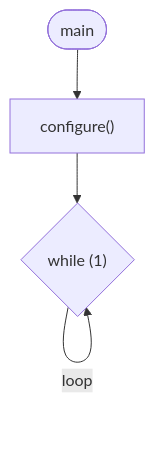
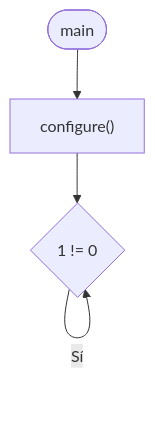
The first of 2 diagrams in README.md (remgo696/PIC18F47Q10-FadingLED), drawn with Mermaid before and after one commit. The commit also changed other lines of this file, not shown here.

````diff
--- a/README.md
+++ b/README.md
@@ -300,6 +284,6 @@
 ```mermaid
 flowchart TD
     A([main]) --> B["configure()"]
-    B --> C{"while (1)"}
-    C -->|loop| C
+    B --> C{"1 != 0"}
+    C -->|Sí| C
 ```
````
